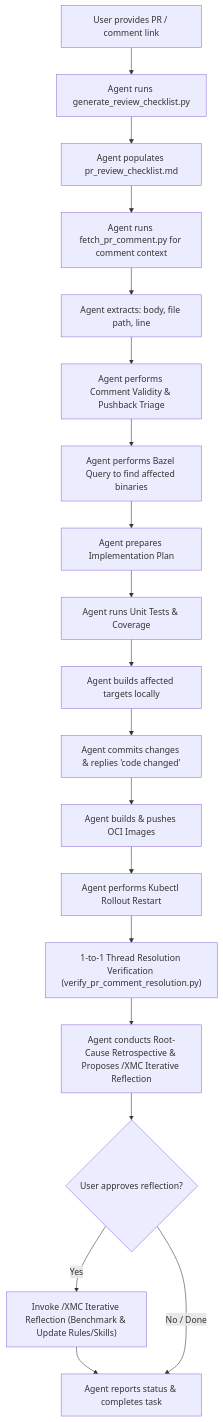
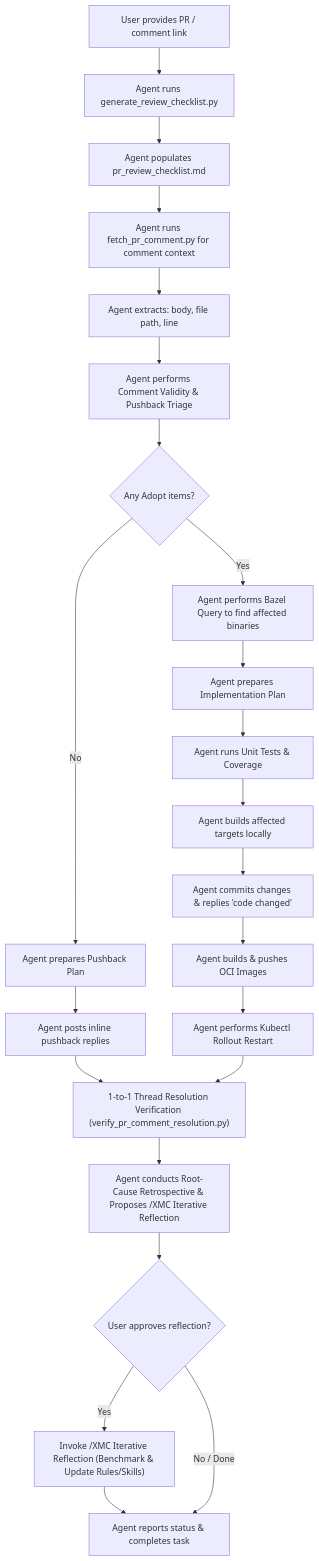
One commit to google/xmc changed the diagram in .agents/skills/xmc_address_pr_comment/SKILL.md. Above: the diagram before and after it, drawn with Mermaid. The commit also changed other lines of this file, not shown here.

Commit message:
docs(skills): address PR #1133 review comments on validity triage
- Add conditional branch (`Any Adopt items?`) in the Mermaid workflow diagram so pure Push Back / Defer runs bypass Bazel queries, builds, and GKE redeployments.
- Include `Defer` in the Section 4 triage table disposition column description (`Disposition (Adopt / Push Back / Defer)`).

Comment link: https://github.com/google/xmc/pull/1133#discussion_r4205741389
Comment link: https://github.com/google/xmc/pull/1133#discussion_r4205741410
TAG=agy
CONV=6bc68b62-40f7-4652-8de6-f5a036d676b2

````diff
--- a/.agents/skills/xmc_address_pr_comment/SKILL.md
+++ b/.agents/skills/xmc_address_pr_comment/SKILL.md
@@ -10,21 +10,25 @@
 ```mermaid
 graph TD
     A["User provides PR / comment link"] --> B["Agent runs generate_review_checklist.py"]
     B --> C["Agent populates pr_review_checklist.md"]
     C --> D["Agent runs fetch_pr_comment.py for comment context"]
     D --> E["Agent extracts: body, file path, line"]
     E --> D2["Agent performs Comment Validity & Pushback Triage"]
-    D2 --> F["Agent performs Bazel Query to find affected binaries"]
+    D2 --> D3{"Any Adopt items?"}
+    D3 -->|Yes| F["Agent performs Bazel Query to find affected binaries"]
+    D3 -->|No| G2["Agent prepares Pushback Plan"]
+    G2 --> J2["Agent posts inline pushback replies"]
+    J2 --> M["1-to-1 Thread Resolution Verification (verify_pr_comment_resolution.py)"]
     F --> G["Agent prepares Implementation Plan"]
     G --> H["Agent runs Unit Tests & Coverage"]
     H --> I["Agent builds affected targets locally"]
     I --> J["Agent commits changes & replies 'code changed'"]
     J --> K["Agent builds & pushes OCI Images"]
     K --> L["Agent performs Kubectl Rollout Restart"]
     L --> M["1-to-1 Thread Resolution Verification (verify_pr_comment_resolution.py)"]
     M --> N["Agent conducts Root-Cause Retrospective & Proposes /XMC Iterative Reflection"]
     N --> O{"User approves reflection?"}
     O -->|Yes| P["Invoke /XMC Iterative Reflection (Benchmark & Update Rules/Skills)"]
     P --> Q["Agent reports status & completes task"]
     O -->|No / Done| Q
 ```
````
